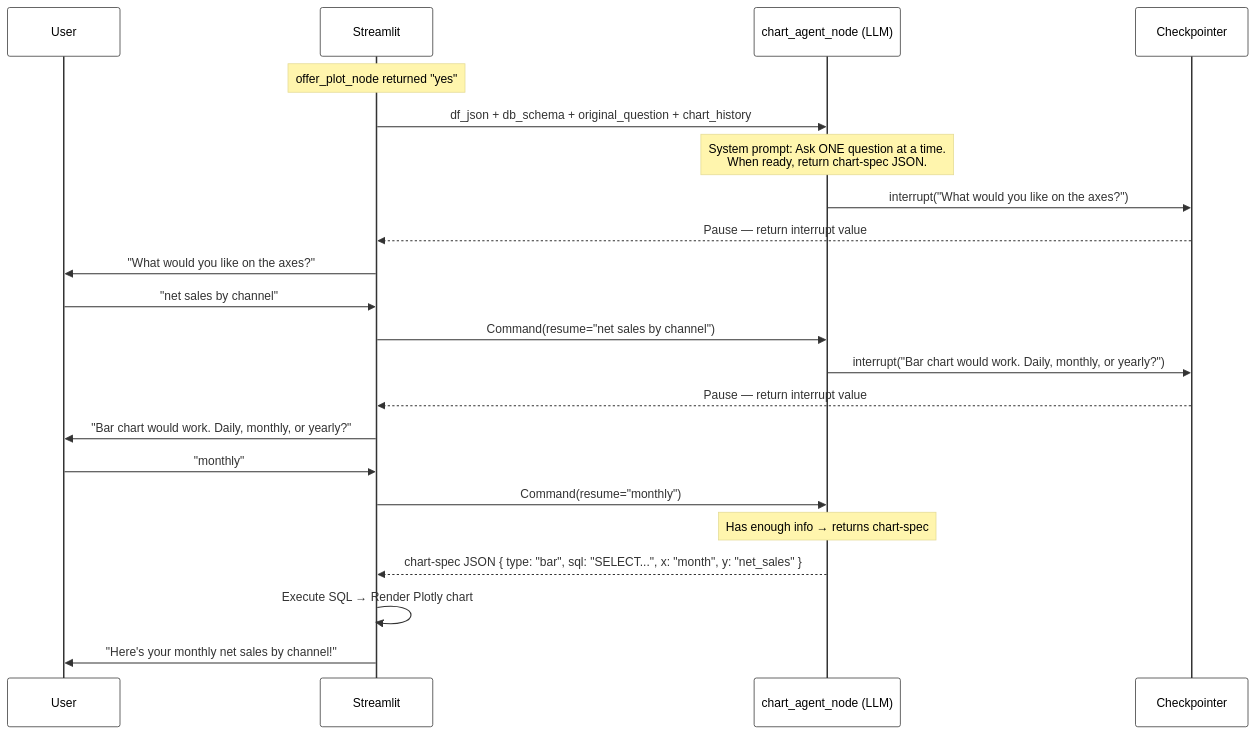
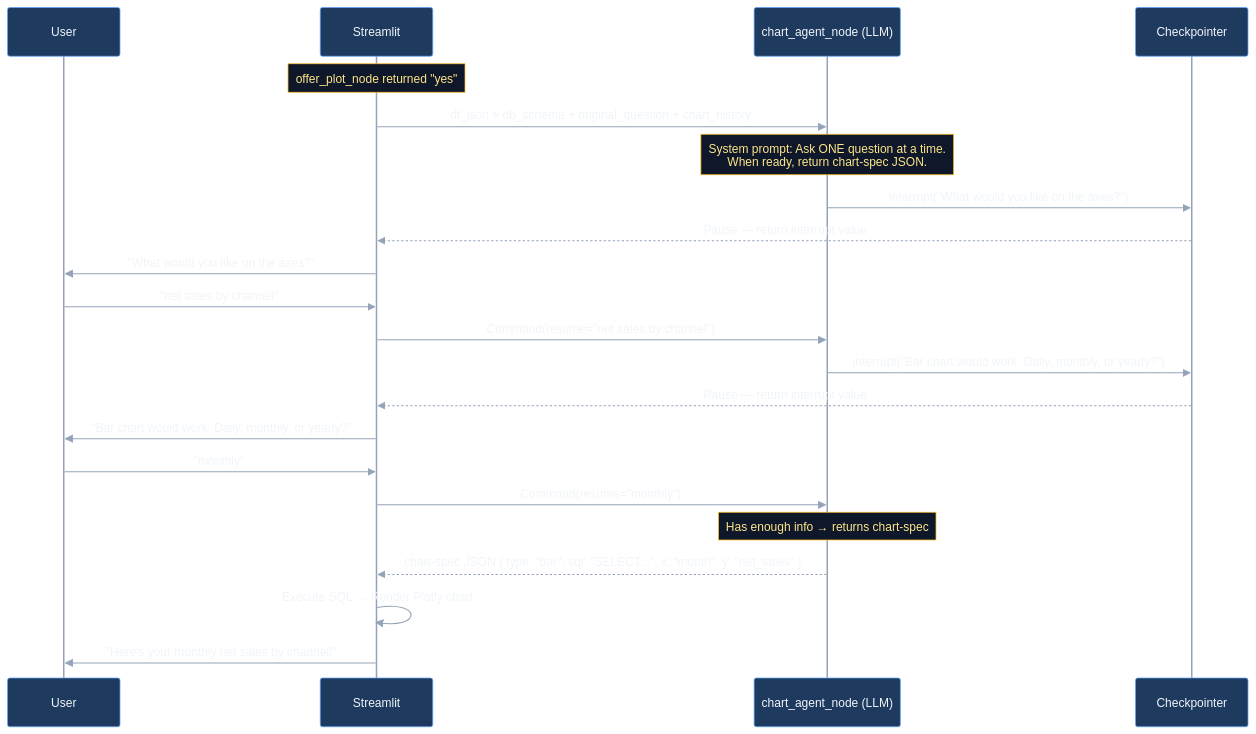
Before and after one commit to suryapatnaik1/llm-bi-chat-langgraph: the fifth of 15 diagrams in docs/diagrams/diagrams.md, drawn with Mermaid. The commit also changed other lines of this file, not shown here.

Commit message:
fix mermaid sequence diagram contrast for dark theme

````diff
--- a/docs/diagrams/diagrams.md
+++ b/docs/diagrams/diagrams.md
@@ -246,31 +246,31 @@
 ```mermaid
-%%{init: {'theme': 'base', 'themeVariables': {'actorTextColor': '#000000', 'noteTextColor': '#000000', 'loopTextColor': '#000000', 'labelTextColor': '#000000', 'actorBkg': '#ffffff', 'actorBorder': '#333333'}}}%%
+%%{init: {'theme': 'base', 'themeVariables': {'background': '#1e293b', 'primaryColor': '#1e3a5f', 'primaryTextColor': '#f1f5f9', 'primaryBorderColor': '#60a5fa', 'lineColor': '#94a3b8', 'actorBkg': '#1e3a5f', 'actorTextColor': '#f1f5f9', 'actorBorder': '#60a5fa', 'actorLineColor': '#94a3b8', 'signalColor': '#94a3b8', 'signalTextColor': '#f1f5f9', 'labelBoxBkgColor': '#0f172a', 'labelBoxBorderColor': '#60a5fa', 'labelTextColor': '#f1f5f9', 'loopTextColor': '#f1f5f9', 'noteBorderColor': '#fbbf24', 'noteBkgColor': '#0f172a', 'noteTextColor': '#fde68a', 'activationBorderColor': '#60a5fa', 'activationBkgColor': '#1e3a5f', 'sequenceNumberColor': '#f1f5f9'}}}%%
 sequenceDiagram
     participant U as User
     participant UI as Streamlit
     participant CA as chart_agent_node (LLM)
     participant CP as Checkpointer
 
     Note over UI: offer_plot_node returned "yes"
 
     UI->>CA: df_json + db_schema + original_question + chart_history
     Note over CA: System prompt: Ask ONE question at a time.<br/>When ready, return chart-spec JSON.
 
     CA->>CP: interrupt("What would you like on the axes?")
     CP-->>UI: Pause — return interrupt value
     UI->>U: "What would you like on the axes?"
     U->>UI: "net sales by channel"
     UI->>CA: Command(resume="net sales by channel")
 
     CA->>CP: interrupt("Bar chart would work. Daily, monthly, or yearly?")
     CP-->>UI: Pause — return interrupt value
     UI->>U: "Bar chart would work. Daily, monthly, or yearly?"
     U->>UI: "monthly"
     UI->>CA: Command(resume="monthly")
 
     Note over CA: Has enough info → returns chart-spec
 
     CA-->>UI: chart-spec JSON { type: "bar", sql: "SELECT...", x: "month", y: "net_sales" }
     UI->>UI: Execute SQL → Render Plotly chart
     UI->>U: "Here's your monthly net sales by channel!"
 ```
````
